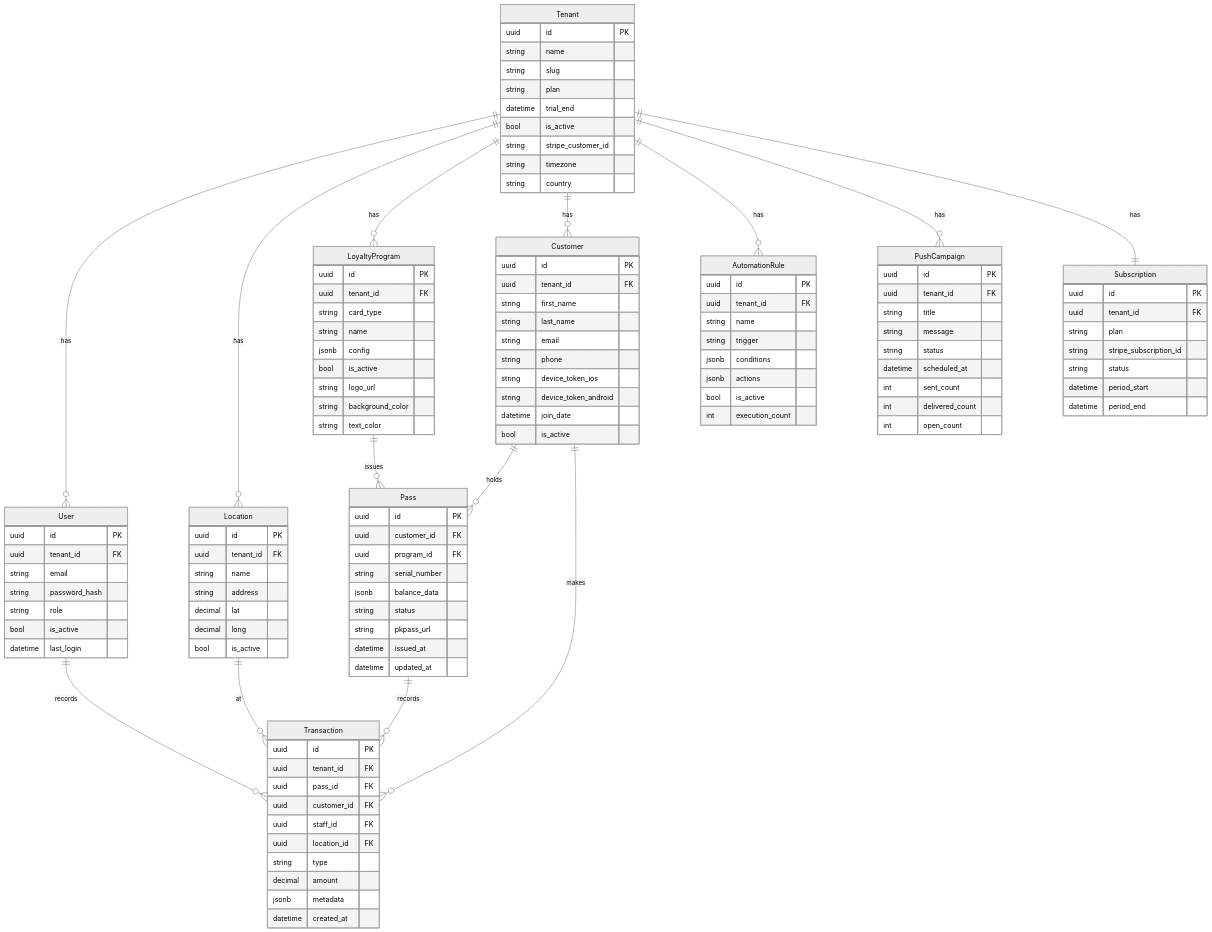
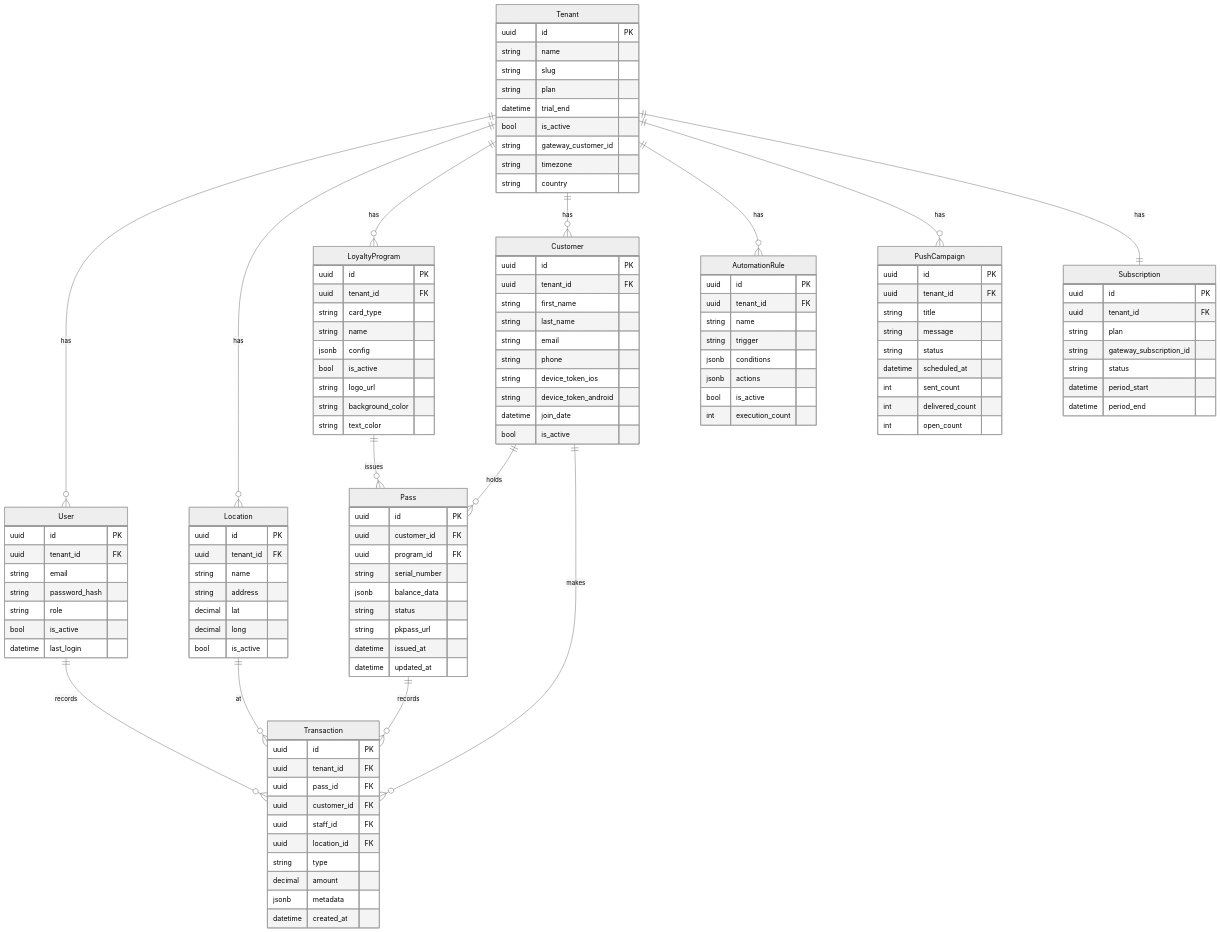
One commit to somatechlat/loyallia changed diagram 12 of 12 in docs/ARCHITECTURE.md. Above: the diagram before and after it, drawn with Mermaid (neutral theme). The commit also changed other lines of this file and 4 other files, not shown here.

```diff
--- a/docs/ARCHITECTURE.md
+++ b/docs/ARCHITECTURE.md
@@ -520,7 +520,7 @@
         string plan
         datetime trial_end
         bool is_active
-        string stripe_customer_id
+        string gateway_customer_id
         string timezone
         string country
     }
@@ -622,7 +622,7 @@
         uuid id PK
         uuid tenant_id FK
         string plan
-        string stripe_subscription_id
+        string gateway_subscription_id
         string status
         datetime period_start
         datetime period_end
```
